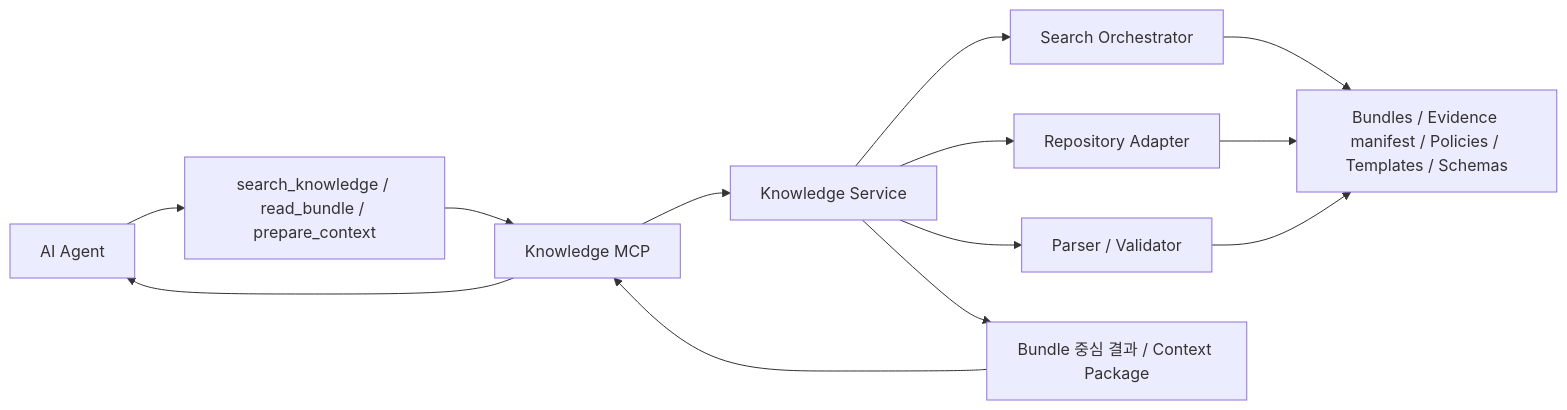
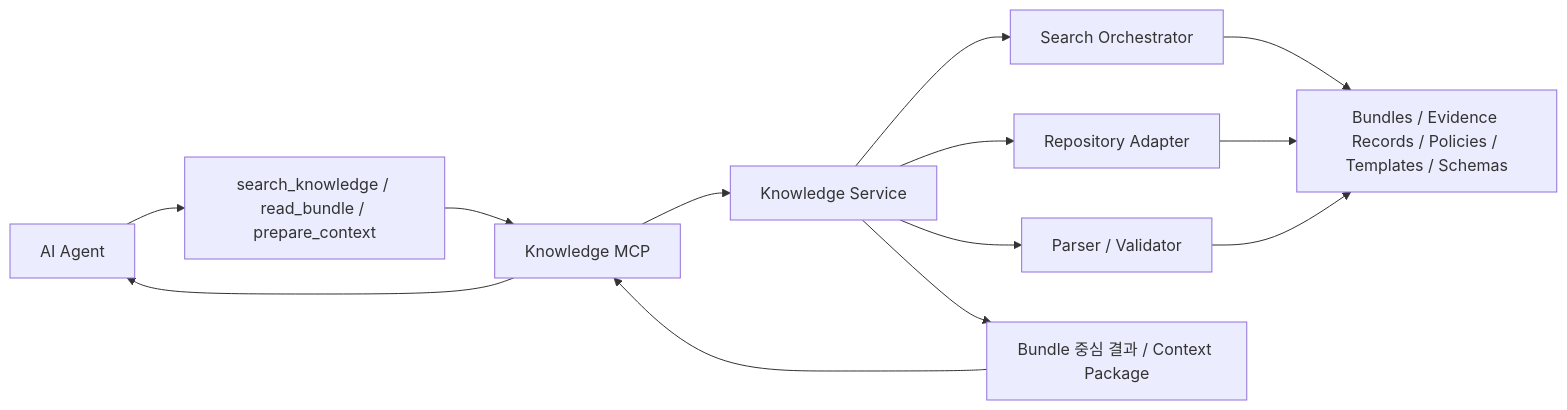
The third of 7 diagrams in docs/14-use-cases-and-flow-diagrams.md (udgrounder/circled-wiki), drawn with Mermaid before and after one commit. The commit also changed other lines of this file and 46 other files, not shown here.

````diff
--- a/docs/14-use-cases-and-flow-diagrams.md
+++ b/docs/14-use-cases-and-flow-diagrams.md
@@ -77,15 +77,15 @@
 ```mermaid
 flowchart LR
     agent["AI Agent"] --> tool["search_knowledge / read_bundle / prepare_context"]
     tool --> mcp["Knowledge MCP"]
     mcp --> service["Knowledge Service"]
     service --> search["Search Orchestrator"]
     service --> repo["Repository Adapter"]
     service --> parser["Parser / Validator"]
-    search --> files["Bundles / Evidence manifest / Policies / Templates / Schemas"]
+    search --> files["Bundles / Evidence Records / Policies / Templates / Schemas"]
     repo --> files
     parser --> files
     service --> response["Bundle 중심 결과 / Context Package"]
     response --> mcp
     mcp --> agent
 ```
````
